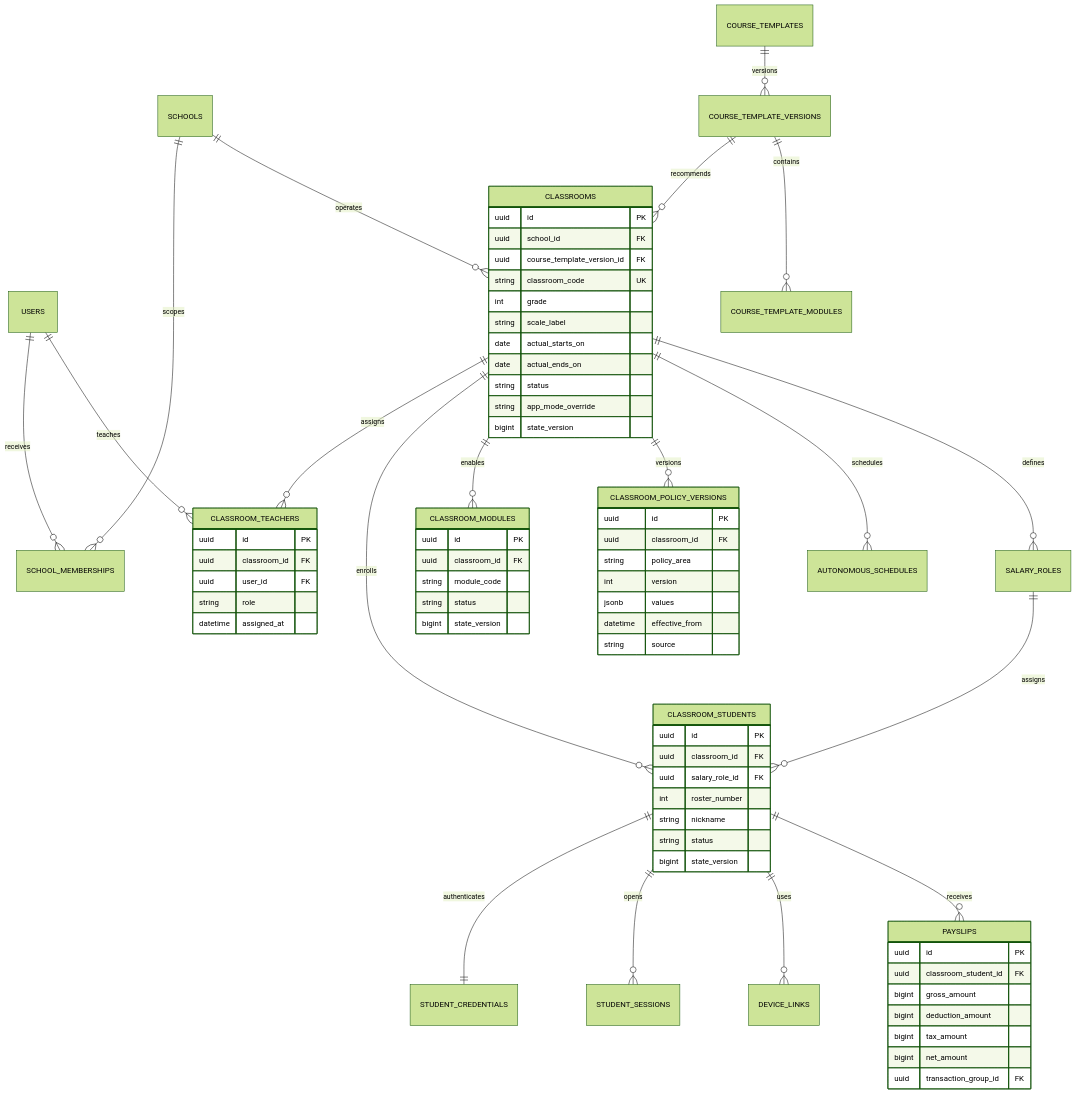
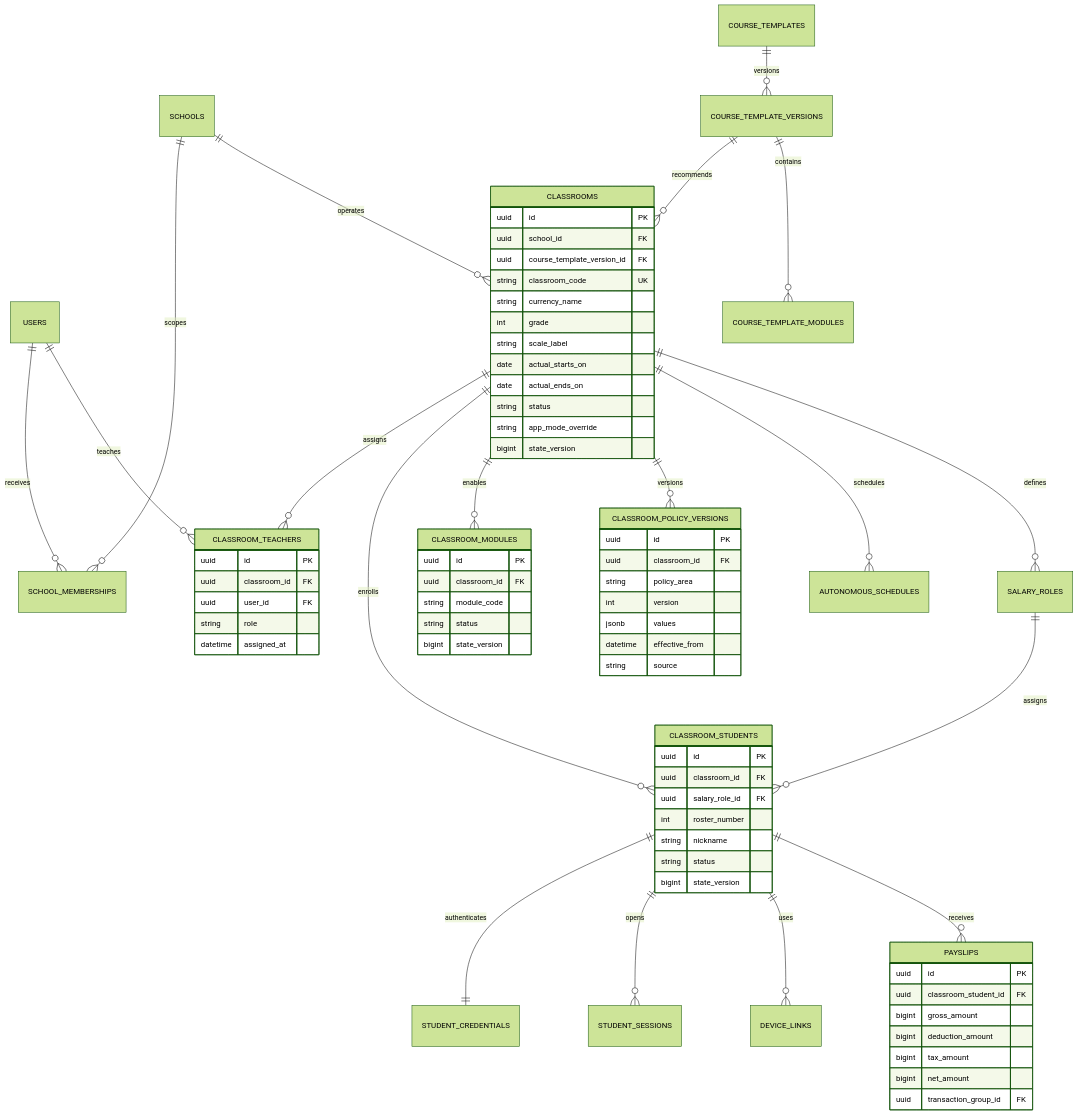
One commit to watermell0n/EcoVillgae changed the first of 6 diagrams in docs/DATA_MODEL.md. Above: the diagram before and after it, drawn with Mermaid (forest theme). The commit also changed other lines of this file and 22 other files, not shown here.

````diff
--- a/docs/DATA_MODEL.md
+++ b/docs/DATA_MODEL.md
@@ -44,76 +45,77 @@
 ```mermaid
 erDiagram
     USERS ||--o{ SCHOOL_MEMBERSHIPS : receives
     SCHOOLS ||--o{ SCHOOL_MEMBERSHIPS : scopes
     SCHOOLS ||--o{ CLASSROOMS : operates
     COURSE_TEMPLATE_VERSIONS ||--o{ CLASSROOMS : recommends
     COURSE_TEMPLATES ||--o{ COURSE_TEMPLATE_VERSIONS : versions
     COURSE_TEMPLATE_VERSIONS ||--o{ COURSE_TEMPLATE_MODULES : contains
     CLASSROOMS ||--o{ CLASSROOM_TEACHERS : assigns
     USERS ||--o{ CLASSROOM_TEACHERS : teaches
     CLASSROOMS ||--o{ CLASSROOM_STUDENTS : enrolls
     CLASSROOM_STUDENTS ||--|| STUDENT_CREDENTIALS : authenticates
     CLASSROOM_STUDENTS ||--o{ STUDENT_SESSIONS : opens
     CLASSROOM_STUDENTS ||--o{ DEVICE_LINKS : uses
     CLASSROOMS ||--o{ CLASSROOM_MODULES : enables
     CLASSROOMS ||--o{ CLASSROOM_POLICY_VERSIONS : versions
     CLASSROOMS ||--o{ AUTONOMOUS_SCHEDULES : schedules
     CLASSROOMS ||--o{ SALARY_ROLES : defines
     SALARY_ROLES ||--o{ CLASSROOM_STUDENTS : assigns
     CLASSROOM_STUDENTS ||--o{ PAYSLIPS : receives
 
     CLASSROOMS {
         uuid id PK
         uuid school_id FK
         uuid course_template_version_id FK
         string classroom_code UK
+        string currency_name
         int grade
         string scale_label
         date actual_starts_on
         date actual_ends_on
         string status
         string app_mode_override
         bigint state_version
     }
     CLASSROOM_TEACHERS {
         uuid id PK
         uuid classroom_id FK
         uuid user_id FK
         string role
         datetime assigned_at
     }
     CLASSROOM_STUDENTS {
         uuid id PK
         uuid classroom_id FK
         uuid salary_role_id FK
         int roster_number
         string nickname
         string status
         bigint state_version
     }
     CLASSROOM_MODULES {
         uuid id PK
         uuid classroom_id FK
         string module_code
         string status
         bigint state_version
     }
     CLASSROOM_POLICY_VERSIONS {
         uuid id PK
         uuid classroom_id FK
         string policy_area
         int version
         jsonb values
         datetime effective_from
         string source
     }
     PAYSLIPS {
         uuid id PK
         uuid classroom_student_id FK
         bigint gross_amount
         bigint deduction_amount
         bigint tax_amount
         bigint net_amount
         uuid transaction_group_id FK
     }
 ```
````
